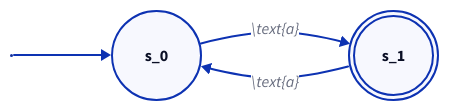
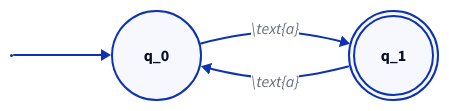
Before and after one commit to Rexus752/digital-garden: the diagram in content/Matematica/Matematica discreta/Teoria della computazione/attachments/esempio-numero-dispari-di-a.d2, drawn with D2. The commit also changed 19 other files, not shown here.

```diff
--- a/content/Matematica/Matematica discreta/Teoria della computazione/attachments/esempio-numero-dispari-di-a.d2
+++ b/content/Matematica/Matematica discreta/Teoria della computazione/attachments/esempio-numero-dispari-di-a.d2
@@ -1,21 +1,21 @@
 direction: right
 
 start: "" {
   shape: circle
   width: 1
   height: 1
   style.fill: black
 }
 
-s0: |latex s_0 | {
+q0: |latex q_0 | {
   shape: circle
 }
 
-s1: |latex s_1 | {
+q1: |latex q_1 | {
   shape: circle
   style.double-border: true
 }
 
-start -> s0
-s0 -> s1: |latex \text{a} |
-s1 -> s0: |latex \text{a} |
+start -> q0
+q0 -> q1: |latex \text{a} |
+q1 -> q0: |latex \text{a} |
```
